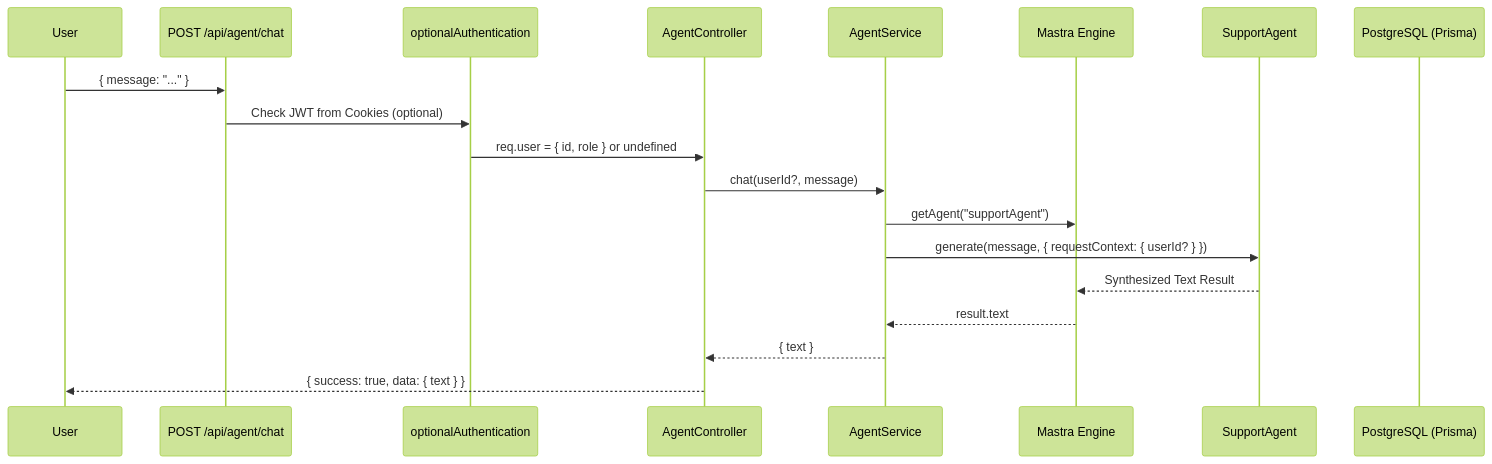
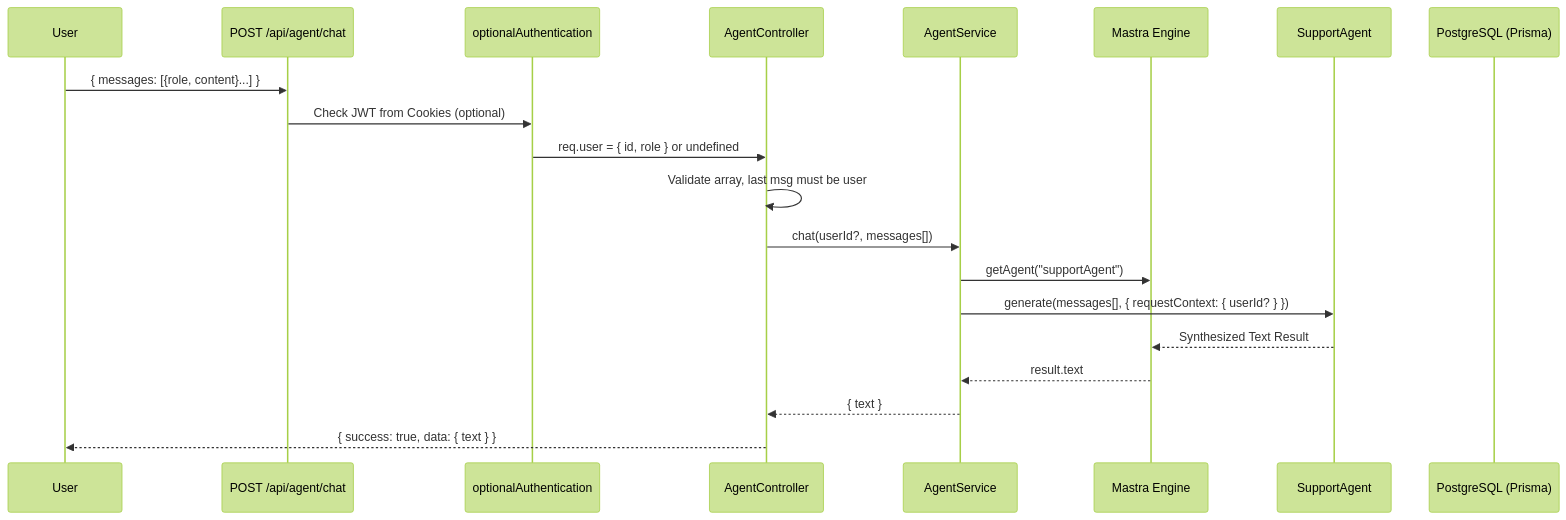
One commit to ntuananh97/ecormerce-PERN changed the first of 4 diagrams in .cursor/AgentFlow.md. Above: the diagram before and after it, drawn with Mermaid (forest theme). The commit also changed 5 other files, not shown here.

Commit message:
feat: update chat functionality to handle conversation history as an array of messages

````diff
--- a/.cursor/AgentFlow.md
+++ b/.cursor/AgentFlow.md
@@ -11,22 +11,23 @@
 ```mermaid
 sequenceDiagram
     participant User
     participant Express as POST /api/agent/chat
     participant OptAuth as optionalAuthentication
     participant Controller as AgentController
     participant Service as AgentService
     participant Mastra as Mastra Engine
     participant Agent as SupportAgent
     participant DB as PostgreSQL (Prisma)
 
-    User->>Express: { message: "..." }
+    User->>Express: { messages: [{role, content}...] }
     Express->>OptAuth: Check JWT from Cookies (optional)
     OptAuth->>Controller: req.user = { id, role } or undefined
-    Controller->>Service: chat(userId?, message)
+    Controller->>Controller: Validate array, last msg must be user
+    Controller->>Service: chat(userId?, messages[])
     Service->>Mastra: getAgent("supportAgent")
-    Service->>Agent: generate(message, { requestContext: { userId? } })
+    Service->>Agent: generate(messages[], { requestContext: { userId? } })
     Agent-->>Mastra: Synthesized Text Result
     Mastra-->>Service: result.text
     Service-->>Controller: { text }
     Controller-->>User: { success: true, data: { text } }
 ```
````
